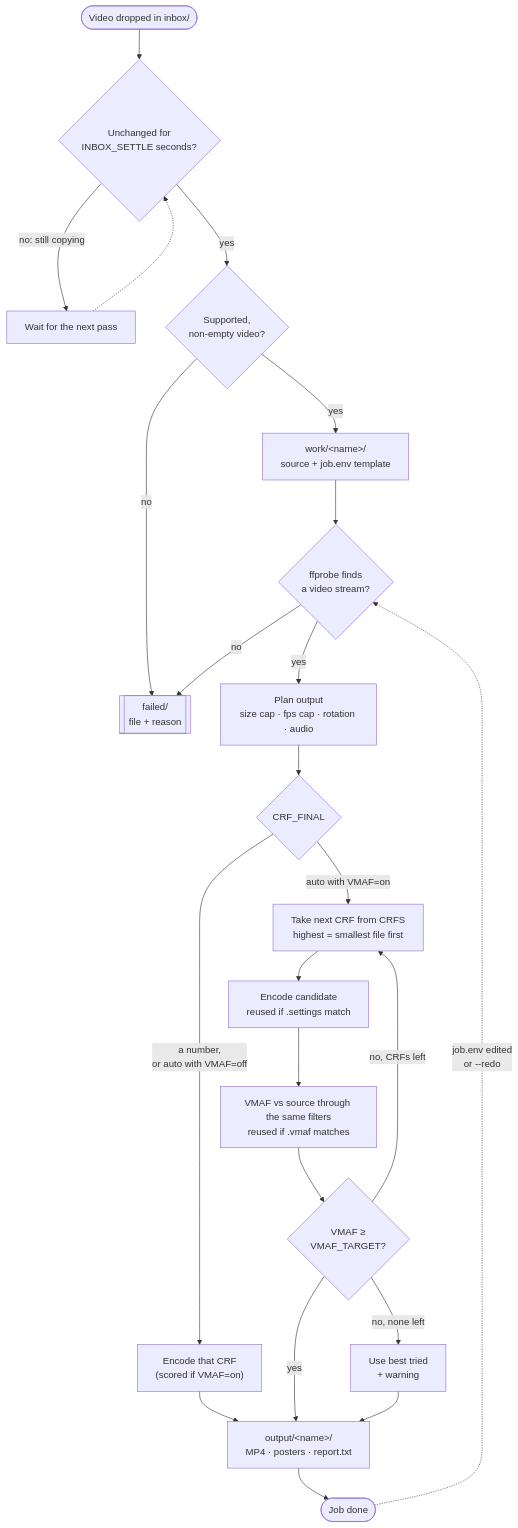
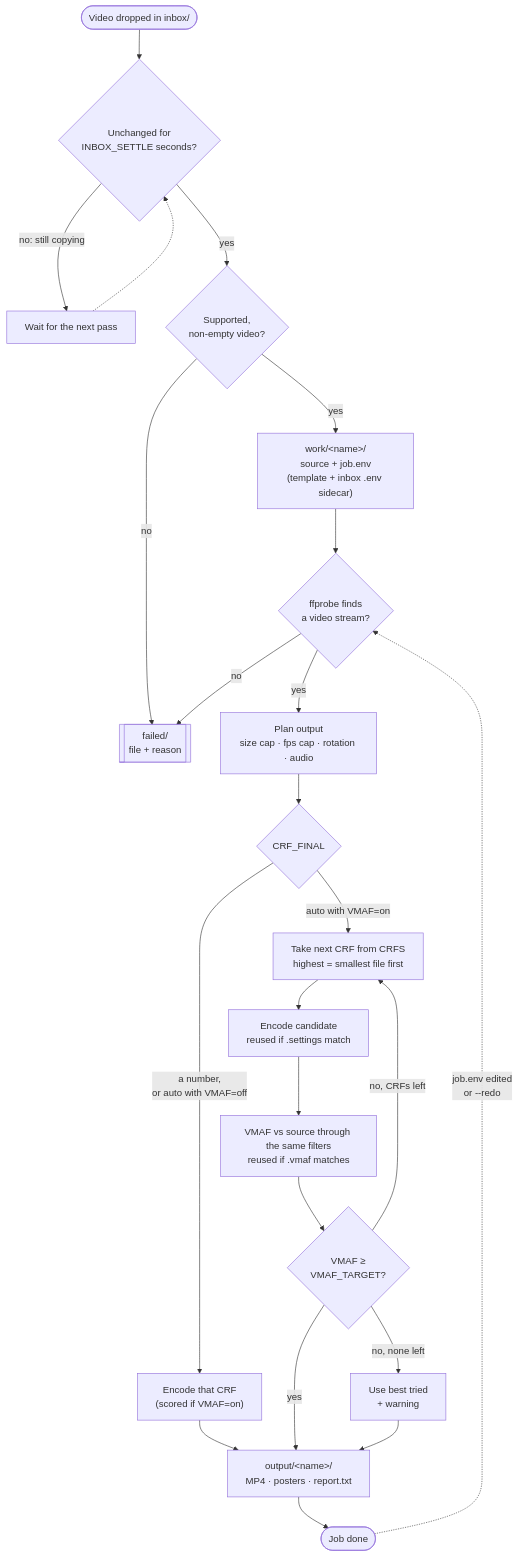
The diagram in README.md (Aplyca/web-video-optimizer), drawn with Mermaid before and after one commit. The commit also changed other lines of this file and 2 other files, not shown here.

First line of the commit message:
Support per-video settings sidecars in inbox/

````diff
--- a/README.md
+++ b/README.md
@@ -151,28 +151,28 @@
 ```mermaid
 flowchart TD
     drop(["Video dropped in inbox/"]) --> settle{"Unchanged for<br/>INBOX_SETTLE seconds?"}
     settle -- "no: still copying" --> wait["Wait for the next pass"]
     wait -.-> settle
     settle -- yes --> kind{"Supported,<br/>non-empty video?"}
     kind -- no --> failed[["failed/<br/>file + reason"]]
-    kind -- yes --> job["work/#lt;name#gt;/<br/>source + job.env template"]
+    kind -- yes --> job["work/#lt;name#gt;/<br/>source + job.env<br/>(template + inbox .env sidecar)"]
     job --> probe{"ffprobe finds<br/>a video stream?"}
     probe -- no --> failed
     probe -- yes --> plan["Plan output<br/>size cap · fps cap · rotation · audio"]
     plan --> mode{"CRF_FINAL"}
 
     mode -- "a number,<br/>or auto with VMAF=off" --> single["Encode that CRF<br/>(scored if VMAF=on)"]
     single --> deliver
 
     mode -- "auto with VMAF=on" --> next["Take next CRF from CRFS<br/>highest = smallest file first"]
     next --> encode["Encode candidate<br/>reused if .settings match"]
     encode --> score["VMAF vs source through the same filters<br/>reused if .vmaf matches"]
     score --> pass{"VMAF ≥<br/>VMAF_TARGET?"}
     pass -- yes --> deliver
     pass -- "no, CRFs left" --> next
     pass -- "no, none left" --> best["Use best tried<br/>+ warning"]
     best --> deliver
 
     deliver["output/#lt;name#gt;/<br/>MP4 · posters · report.txt"] --> done(["Job done"])
     done -. "job.env edited<br/>or --redo" .-> probe
 ```
````
